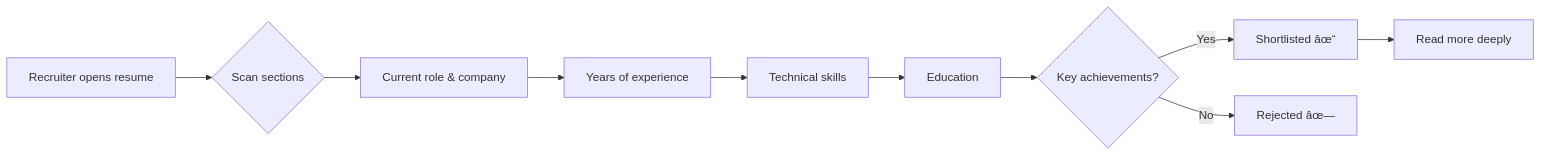
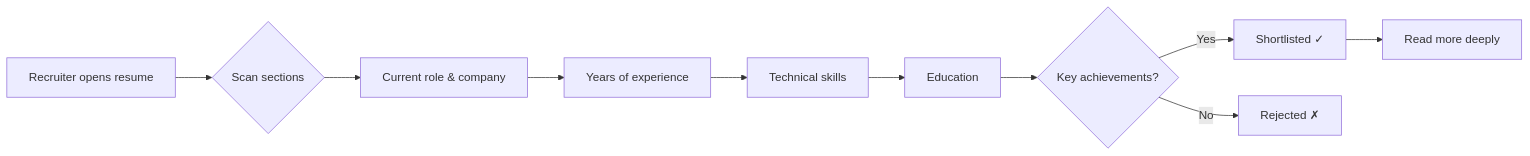
Before and after one commit to Raushan666java/ai-engineering-journey: the first of 2 diagrams in docs/courses/interview-preparation/07-resume-linkedin-portfolio.md, drawn with Mermaid. The commit also changed other lines of this file and 965 other files, not shown here.

````diff
--- a/docs/courses/interview-preparation/07-resume-linkedin-portfolio.md
+++ b/docs/courses/interview-preparation/07-resume-linkedin-portfolio.md
@@ -36,12 +36,12 @@
 ```mermaid
 flowchart LR
     A[Recruiter opens resume] --> B{Scan sections}
     B --> C[Current role & company]
     C --> D[Years of experience]
     D --> E[Technical skills]
     E --> F[Education]
     F --> G{Key achievements?}
-    G -->|Yes| H[Shortlisted âœ“]
-    G -->|No| I[Rejected âœ—]
+    G -->|Yes| H[Shortlisted ✓]
+    G -->|No| I[Rejected ✗]
     H --> J[Read more deeply]
 ```
````
